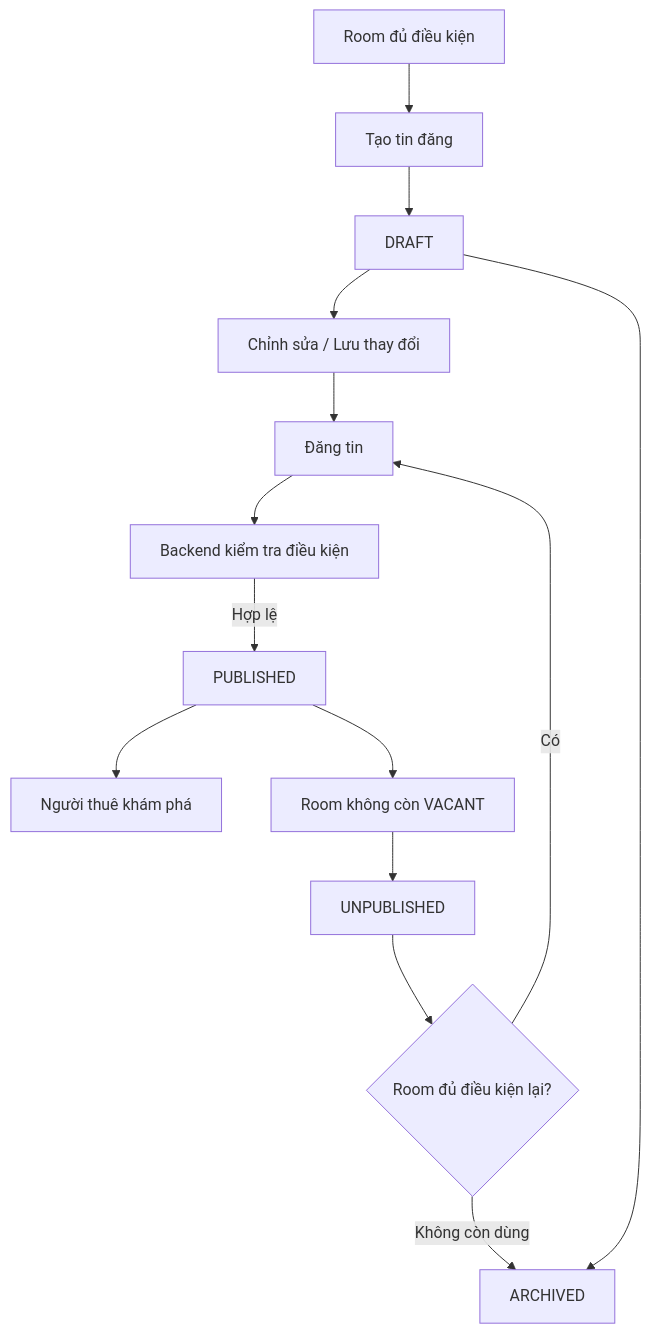
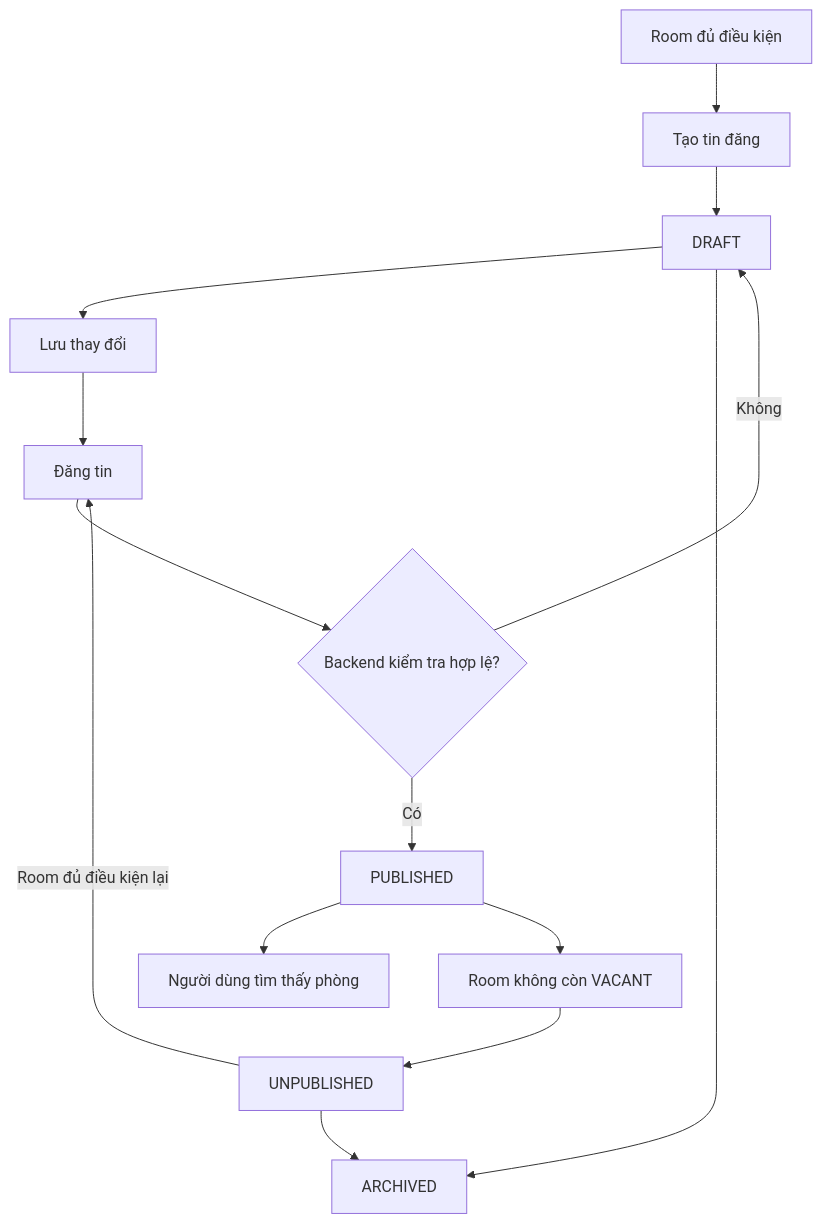
The diagram in docs/backlogs/v1/listing.md (Danh20100/moibile_app), drawn with Mermaid before and after one commit. The commit also changed other lines of this file and 7 other files, not shown here.

````diff
--- a/docs/backlogs/v1/listing.md
+++ b/docs/backlogs/v1/listing.md
@@ -33,16 +28,16 @@
 ```mermaid
 flowchart TD
     A["Room đủ điều kiện"] --> B["Tạo tin đăng"]
     B --> C["DRAFT"]
-    C --> D["Chỉnh sửa / Lưu thay đổi"]
+    C --> D["Lưu thay đổi"]
     D --> E["Đăng tin"]
-    E --> F["Backend kiểm tra điều kiện"]
-    F -->|"Hợp lệ"| G["PUBLISHED"]
-    G --> H["Người thuê khám phá"]
+    E --> F{"Backend kiểm tra hợp lệ?"}
+    F -->|"Có"| G["PUBLISHED"]
+    F -->|"Không"| C
+    G --> H["Người dùng tìm thấy phòng"]
     G --> I["Room không còn VACANT"]
     I --> J["UNPUBLISHED"]
-    J --> K{"Room đủ điều kiện lại?"}
-    K -->|"Có"| E
-    K -->|"Không còn dùng"| L["ARCHIVED"]
-    C --> L
+    J -->|"Room đủ điều kiện lại"| E
+    C --> K["ARCHIVED"]
+    J --> K
 ```
````
